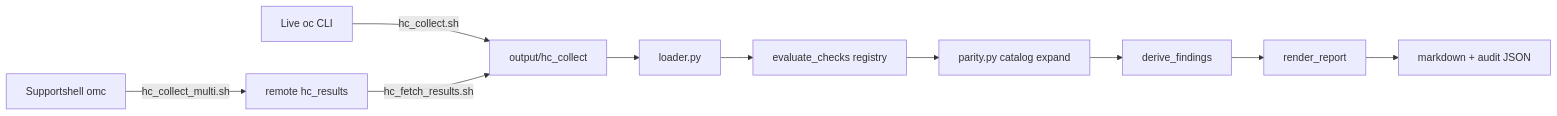
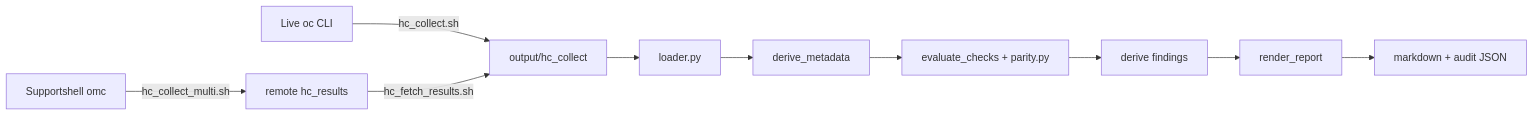
One commit to stratus-ss/arch-design-doc-generator changed the third of 3 diagrams in docs/ARCHITECTURE.md. Above: the diagram before and after it, drawn with Mermaid. The commit also changed other lines of this file and 20 other files, not shown here.

````diff
--- a/docs/ARCHITECTURE.md
+++ b/docs/ARCHITECTURE.md
@@ -84,12 +84,12 @@
 ```mermaid
 flowchart LR
     Live[Live oc CLI] -->|hc_collect.sh| CollectOut[output/hc_collect]
     MG[Supportshell omc] -->|hc_collect_multi.sh| Remote[remote hc_results]
     Remote -->|hc_fetch_results.sh| CollectOut
     CollectOut --> Loader[loader.py]
-    Loader --> Evaluate[evaluate_checks registry]
-    Evaluate --> Expand[parity.py catalog expand]
-    Expand --> Findings[derive_findings]
+    Loader --> Meta[derive_metadata]
+    Meta --> Evaluate[evaluate_checks + parity.py]
+    Evaluate --> Findings[derive findings]
     Findings --> Renderer[render_report]
     Renderer --> ReportMd[markdown + audit JSON]
 ```
````
